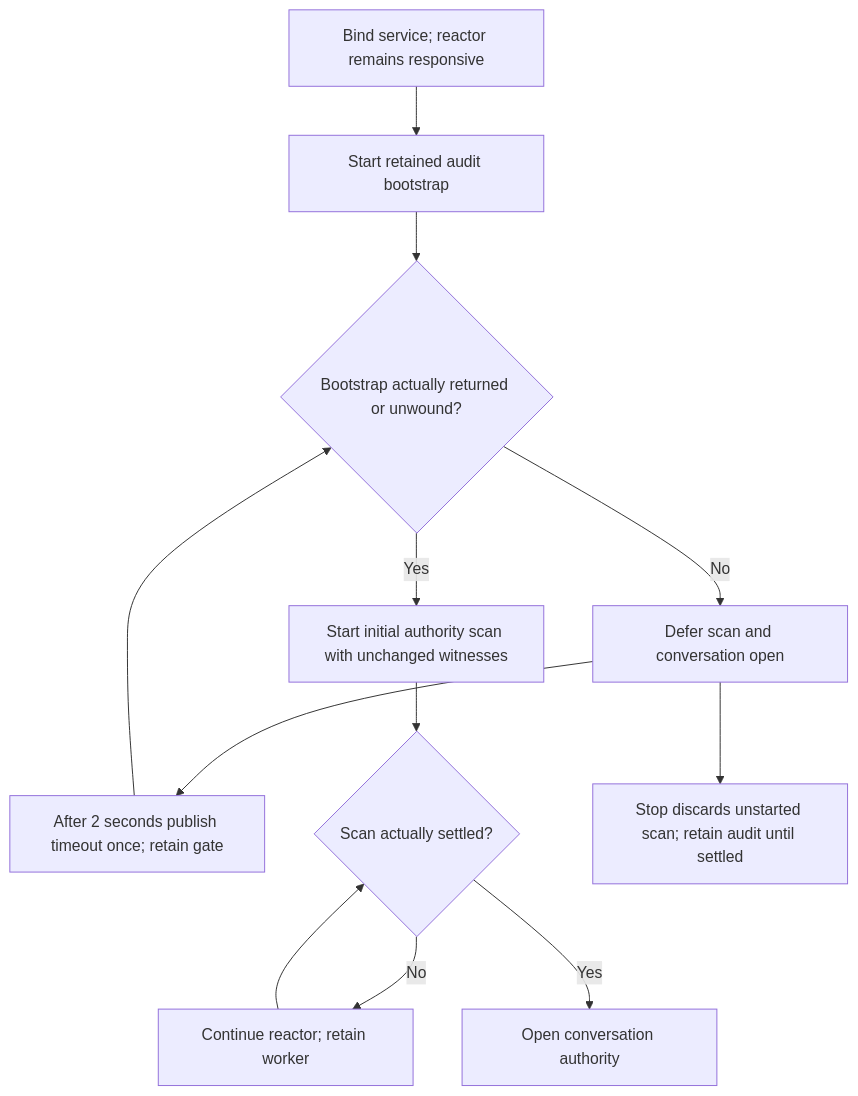
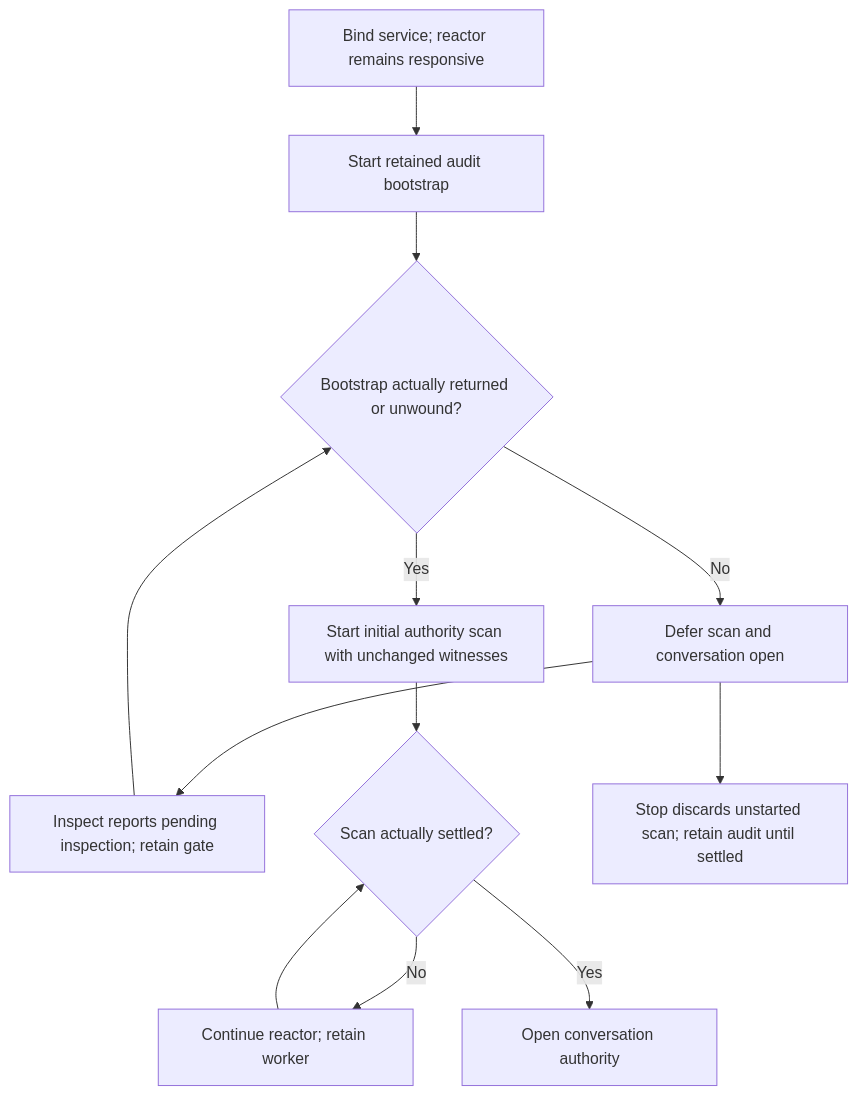
Before and after one commit to pidster/asura: the fifth of 5 diagrams in docs/designs/config-commands.md, drawn with Mermaid. The commit also changed other lines of this file and 39 other files, not shown here.

````diff
--- a/docs/designs/config-commands.md
+++ b/docs/designs/config-commands.md
@@ -691,14 +713,14 @@
 ```mermaid
 flowchart TD
     Bound[Bind service; reactor remains responsive] --> Audit[Start retained audit bootstrap]
     Audit --> Wait{Bootstrap actually returned or unwound?}
     Wait -->|No| Pending[Defer scan and conversation open]
-    Pending --> Timeout[After 2 seconds publish timeout once; retain gate]
-    Timeout --> Wait
+    Pending --> Report[Inspect reports pending inspection; retain gate]
+    Report --> Wait
     Wait -->|Yes| Scan[Start initial authority scan with unchanged witnesses]
     Scan --> Settled{Scan actually settled?}
     Settled -->|No| Responsive[Continue reactor; retain worker]
     Responsive --> Settled
     Settled -->|Yes| Open[Open conversation authority]
     Pending --> Stop[Stop discards unstarted scan; retain audit until settled]
 ```
````
